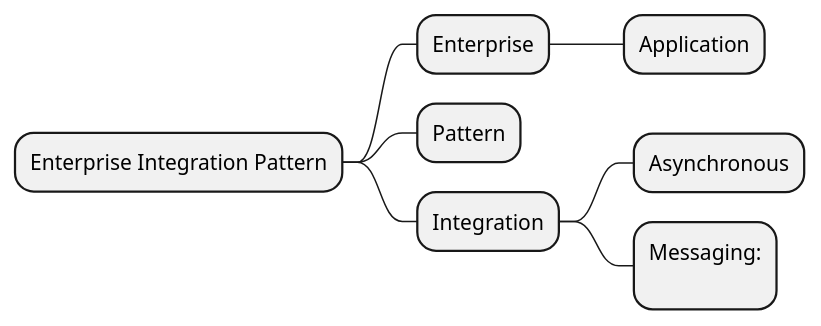
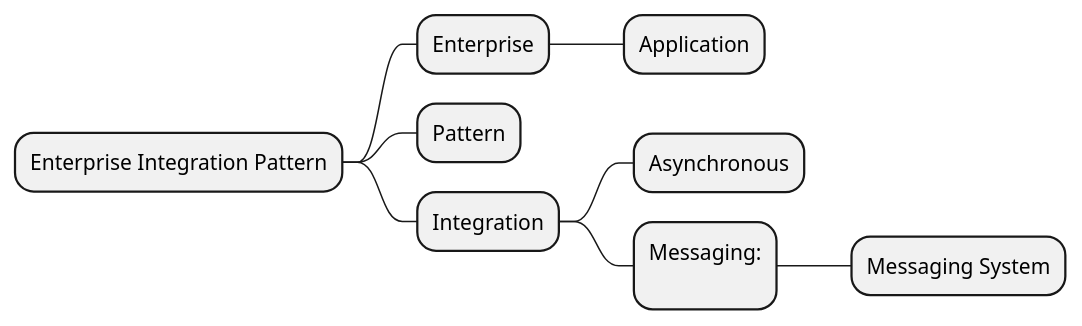
The diagram in _diary/2024-07-21.md (yanghoon/obsidian-workspace), drawn with PlantUML before and after one commit.

Commit message:
vault backup: 2024-07-21 20:07:21

````diff
--- a/_diary/2024-07-21.md
+++ b/_diary/2024-07-21.md
@@ -1,15 +1,16 @@
 ```plantuml
 @startmindmap
 + Enterprise Integration Pattern
 
 ++ Enterprise
 +++ Application
 
 ++ Pattern
 
 ++ Integration
 +++ Asynchronous
 ***:Messaging:
 ;
+**** Messaging System
 @endmindmap
 ```
````
